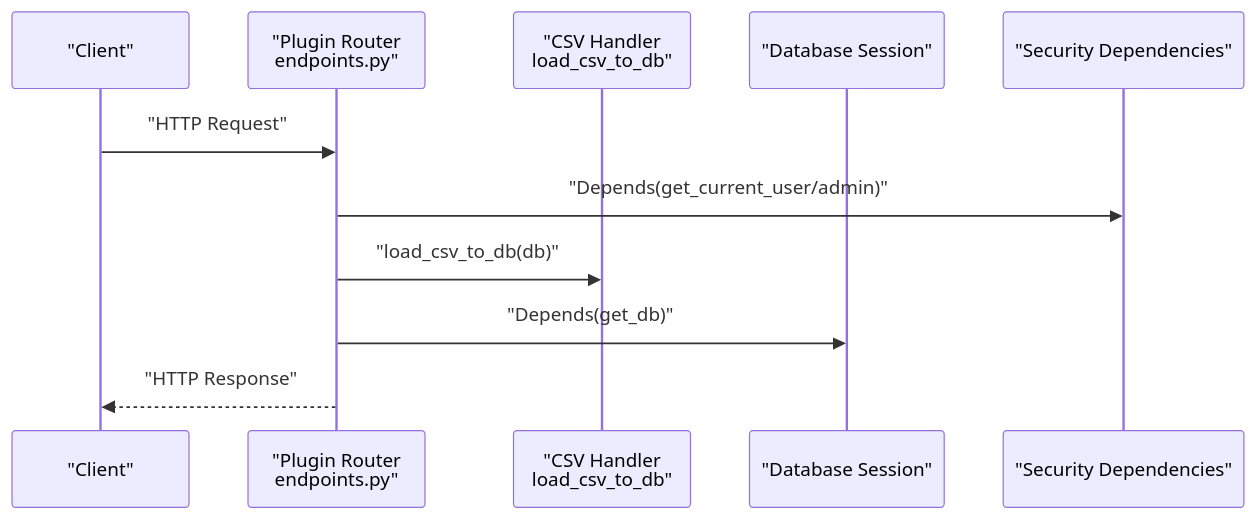
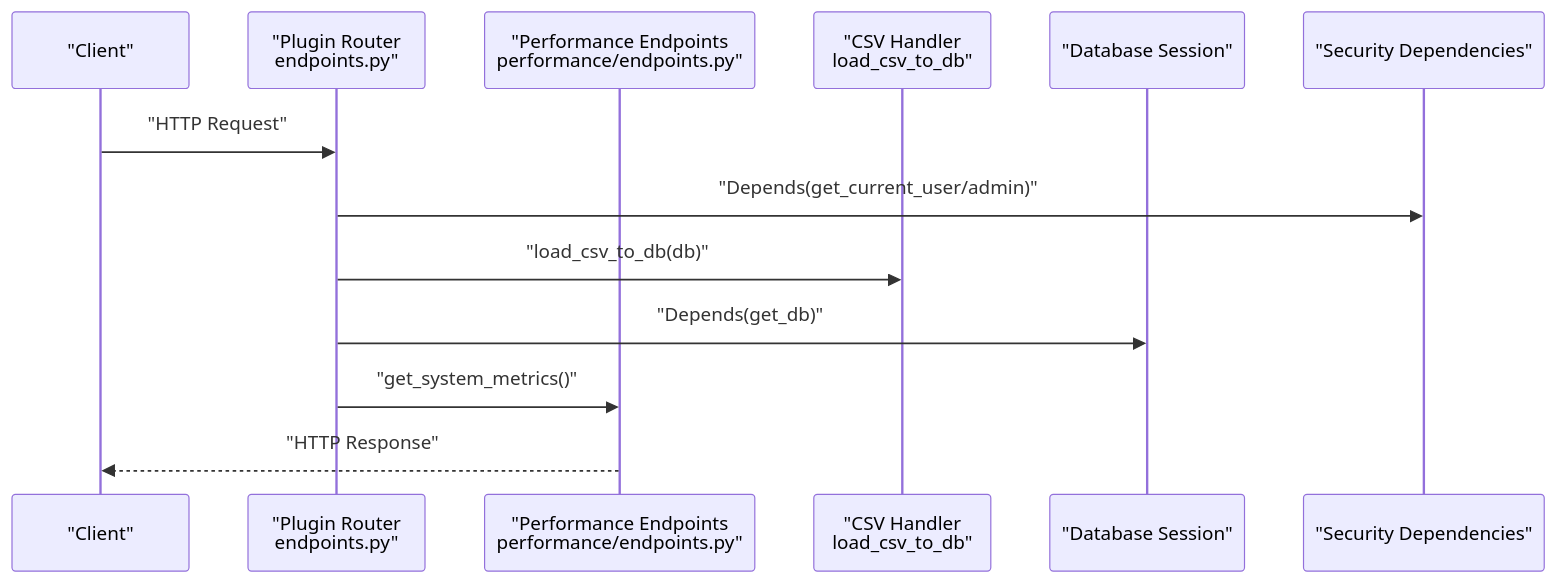
Before and after one commit to Nikita5543/New-SSO-02: the fifth of 22 diagrams in .qoder/repowiki/en/content/Plugin System Architecture/Plugin System Architecture.md, drawn with Mermaid. The commit also changed other lines of this file and 7 other files, not shown here.

````diff
--- a/.qoder/repowiki/en/content/Plugin System Architecture/Plugin System Architecture.md
+++ b/.qoder/repowiki/en/content/Plugin System Architecture/Plugin System Architecture.md
@@ -240,13 +260,15 @@
 ```mermaid
 sequenceDiagram
 participant Client as "Client"
 participant Router as "Plugin Router<br/>endpoints.py"
+participant Perf as "Performance Endpoints<br/>performance/endpoints.py"
 participant CSV as "CSV Handler<br/>load_csv_to_db"
 participant DB as "Database Session"
 participant Sec as "Security Dependencies"
 Client->>Router : "HTTP Request"
 Router->>Sec : "Depends(get_current_user/admin)"
 Router->>CSV : "load_csv_to_db(db)"
 Router->>DB : "Depends(get_db)"
-Router-->>Client : "HTTP Response"
+Router->>Perf : "get_system_metrics()"
+Perf-->>Client : "HTTP Response"
 ```
````
